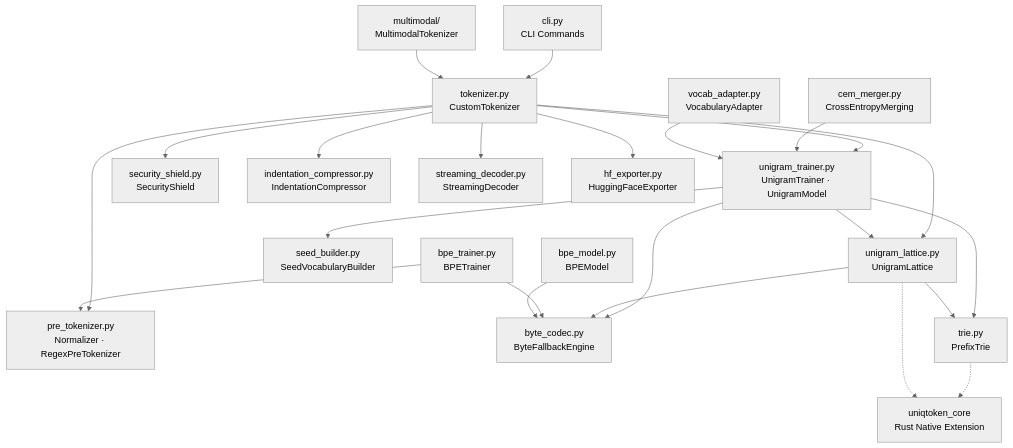
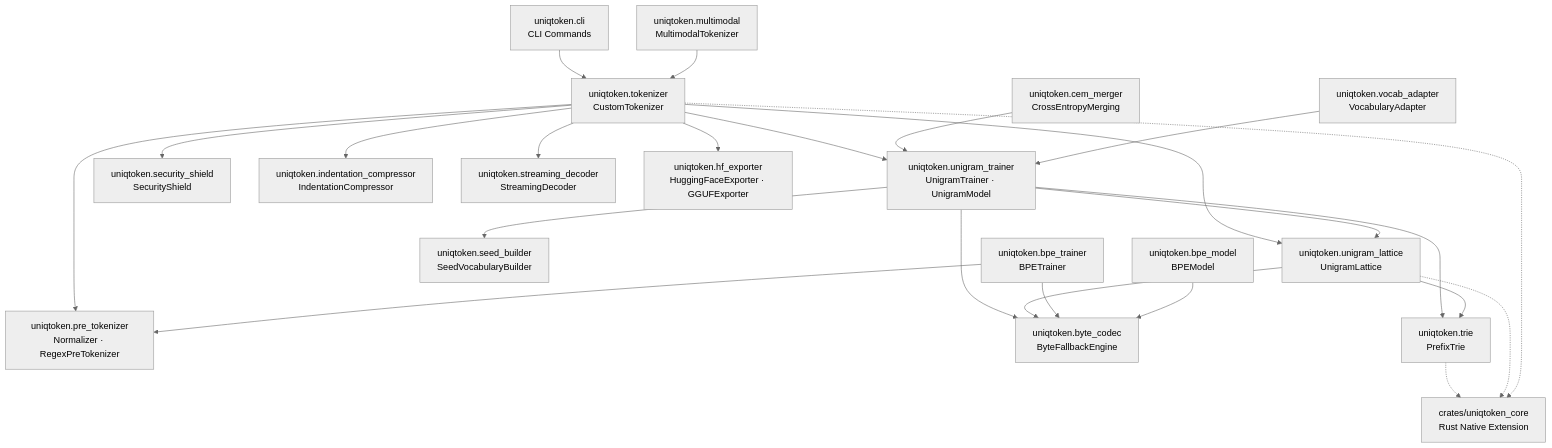
The second of 2 diagrams in README.md (DeshikReddy01/UniqToken), drawn with Mermaid (neutral theme) before and after one commit. The commit also changed other lines of this file, not shown here.

````diff
--- a/README.md
+++ b/README.md
@@ -499,29 +529,30 @@
 ```mermaid
 graph TD
-    CLI["cli.py<br/>CLI Commands"] --> T["tokenizer.py<br/>CustomTokenizer"]
-    T --> N["pre_tokenizer.py<br/>Normalizer · RegexPreTokenizer"]
-    T --> UL["unigram_lattice.py<br/>UnigramLattice"]
-    T --> UT["unigram_trainer.py<br/>UnigramTrainer · UnigramModel"]
-    T --> SS["security_shield.py<br/>SecurityShield"]
-    T --> IC["indentation_compressor.py<br/>IndentationCompressor"]
-    T --> SD["streaming_decoder.py<br/>StreamingDecoder"]
-    T --> HF["hf_exporter.py<br/>HuggingFaceExporter"]
+    CLI["uniqtoken.cli<br/>CLI Commands"] --> T["uniqtoken.tokenizer<br/>CustomTokenizer"]
+    T --> N["uniqtoken.pre_tokenizer<br/>Normalizer · RegexPreTokenizer"]
+    T --> UL["uniqtoken.unigram_lattice<br/>UnigramLattice"]
+    T --> UT["uniqtoken.unigram_trainer<br/>UnigramTrainer · UnigramModel"]
+    T --> SS["uniqtoken.security_shield<br/>SecurityShield"]
+    T --> IC["uniqtoken.indentation_compressor<br/>IndentationCompressor"]
+    T --> SD["uniqtoken.streaming_decoder<br/>StreamingDecoder"]
+    T --> HF["uniqtoken.hf_exporter<br/>HuggingFaceExporter · GGUFExporter"]
 
     UT --> UL
-    UT --> SB["seed_builder.py<br/>SeedVocabularyBuilder"]
-    UT --> BC["byte_codec.py<br/>ByteFallbackEngine"]
-    UT --> TR["trie.py<br/>PrefixTrie"]
+    UT --> SB["uniqtoken.seed_builder<br/>SeedVocabularyBuilder"]
+    UT --> BC["uniqtoken.byte_codec<br/>ByteFallbackEngine"]
+    UT --> TR["uniqtoken.trie<br/>PrefixTrie"]
     UL --> BC
     UL --> TR
-    TR -.-> RC["uniqtoken_core<br/>Rust Native Extension"]
+    TR -.-> RC["crates/uniqtoken_core<br/>Rust Native Extension"]
     UL -.-> RC
+    T -.-> RC
 
-    CEM["cem_merger.py<br/>CrossEntropyMerging"] --> UT
-    VA["vocab_adapter.py<br/>VocabularyAdapter"] --> UT
+    CEM["uniqtoken.cem_merger<br/>CrossEntropyMerging"] --> UT
+    VA["uniqtoken.vocab_adapter<br/>VocabularyAdapter"] --> UT
 
-    BT["bpe_trainer.py<br/>BPETrainer"] --> BC
+    BT["uniqtoken.bpe_trainer<br/>BPETrainer"] --> BC
     BT --> N
-    BM["bpe_model.py<br/>BPEModel"] --> BC
+    BM["uniqtoken.bpe_model<br/>BPEModel"] --> BC
 
-    MM["multimodal/<br/>MultimodalTokenizer"] --> T
+    MM["uniqtoken.multimodal<br/>MultimodalTokenizer"] --> T
 ```
````
